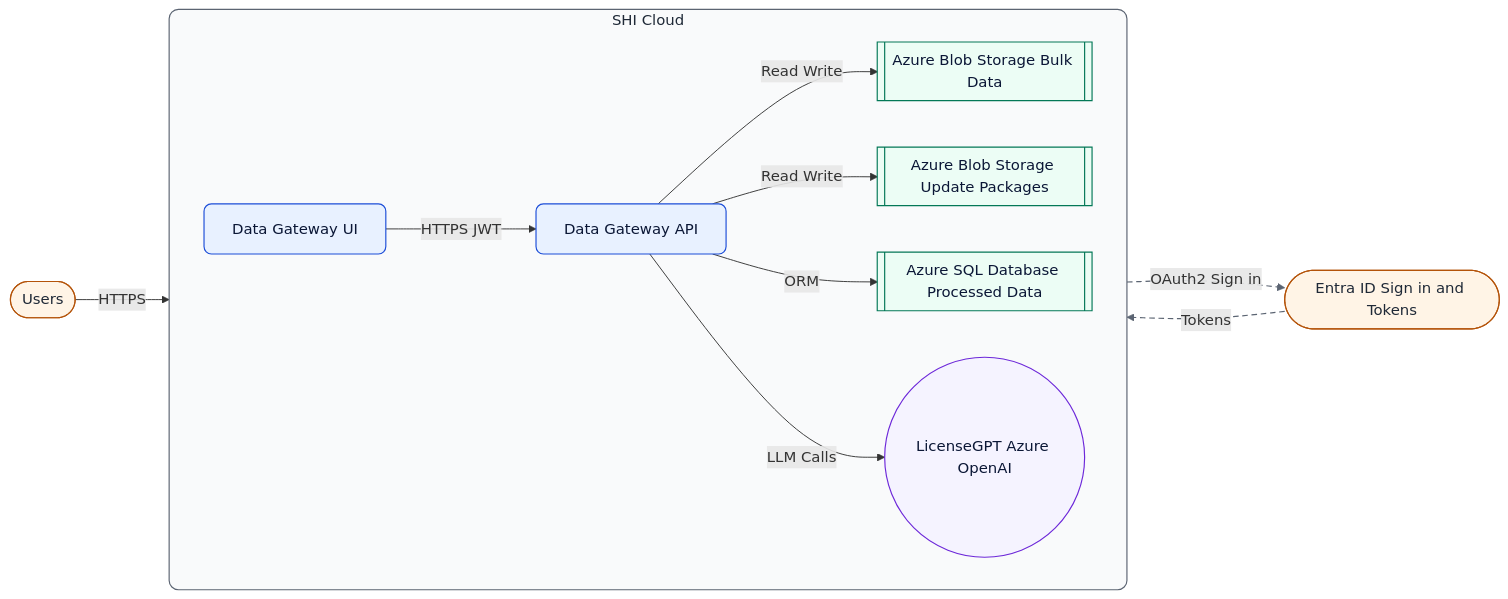
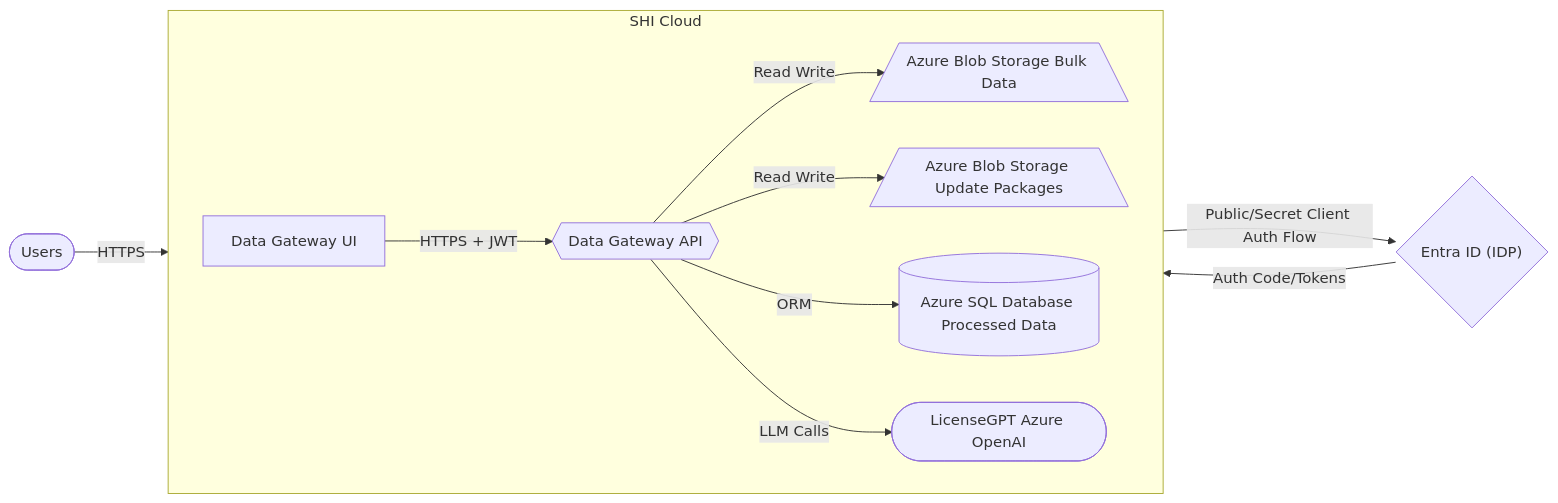
The diagram in docs/Data-Gateway/index.md (Software-Hardware-Integration-Lab/Documentation), drawn with Mermaid before and after one commit. The commit also changed 2 other files, not shown here.

Commit message:
Fix Charts + API Routes
The API routes had the wrong capitalization and were missing prefixes. In the case of the health check route, it was completely wrong.
Remove an un-needed chart on the reference index page since the architecture pages have the expected content.
Correct some wording.

````diff
--- a/docs/Data-Gateway/index.md
+++ b/docs/Data-Gateway/index.md
@@ -45,54 +45,41 @@
 ```mermaid
 flowchart LR
-
   %% ==========================================================
   %% Data Gateway - High-level Architecture (Accessible + Modern)
   %% Shapes communicate category:
   %%   External: ([ ... ])         Components: [ ... ]
   %%   Data store: [[ ... ]]       AI assistant: (( ... ))
   %% ==========================================================
 
-  %% ---- Accessible, high-contrast style classes ----
-  classDef boundary fill:#F9FAFB,stroke:#5B6472,stroke-width:1.25px,rx:10,ry:10,color:#1F2937;
-  classDef external fill:#FFF4E6,stroke:#B45309,stroke-width:1.25px,rx:12,ry:12,color:#1F2937;
-  classDef component fill:#E8F1FF,stroke:#1D4ED8,stroke-width:1.25px,rx:8,ry:8,color:#0B1736;
-  classDef datastore fill:#ECFDF5,stroke:#047857,stroke-width:1.25px,rx:8,ry:8,color:#0B1736;
-  classDef ai fill:#F5F3FF,stroke:#6D28D9,stroke-width:1.25px,rx:8,ry:8,color:#0B1736;
-
   %% ---- External actors ----
-  U([Users]):::external
-  IDP([Entra ID Sign in and Tokens]):::external
+  U([Users])
+  IDP{"Entra ID (IDP)"}
 
   %% ---- SHI Cloud trust boundary ----
   subgraph CLOUD [SHI Cloud]
     direction LR
 
     %% Core app components (rectangles)
-    UI[Data Gateway UI]:::component
-    API[Data Gateway API]:::component
+    UI[Data Gateway UI]
+    API{{Data Gateway API}}
 
     %% Data layer (double borders)
-    BLK[[Azure Blob Storage Bulk Data]]:::datastore
-    UPD[[Azure Blob Storage Update Packages]]:::datastore
-    SQL[[Azure SQL Database Processed Data]]:::datastore
+    BLK[/Azure Blob Storage Bulk Data\]
+    UPD[/Azure Blob Storage Update Packages\]
+    SQL[(Azure SQL Database Processed Data)]
 
     %% AI assistant (circle)
-    LLM((LicenseGPT Azure OpenAI)):::ai
+    LLM([LicenseGPT Azure OpenAI])
   end
 
-  class CLOUD boundary
+  %% ---- Flows  ----
+  U -->| HTTPS | UI
+  UI -->| Public/Secret Client Auth Flow | IDP
+  IDP -->| Auth Code/Tokens | UI
+  UI -->| HTTPS + JWT | API
 
-  %% ---- Flows  ----
-  U -->|HTTPS| UI
-  UI -->|OAuth2 Sign in| IDP
-  IDP -->|Tokens| UI
-  UI -->|HTTPS JWT| API
-
-  API -->|Read Write| BLK
-  API -->|Read Write| UPD
-  API -->|ORM| SQL
-  API -->|LLM Calls| LLM
-  
-  linkStyle 1 stroke-dasharray:6 4,stroke:#5B6472,stroke-width:1.25px
-  linkStyle 2 stroke-dasharray:6 4,stroke:#5B6472,stroke-width:1.25px
+  API -->| Read Write | BLK
+  API -->| Read Write | UPD
+  API -->| ORM | SQL
+  API -->| LLM Calls | LLM
 ```
````
